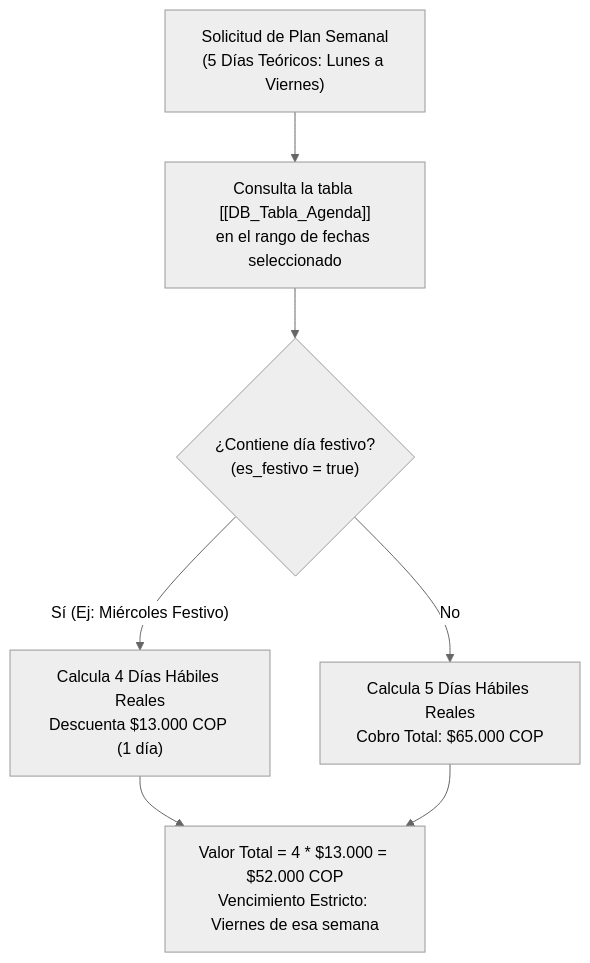
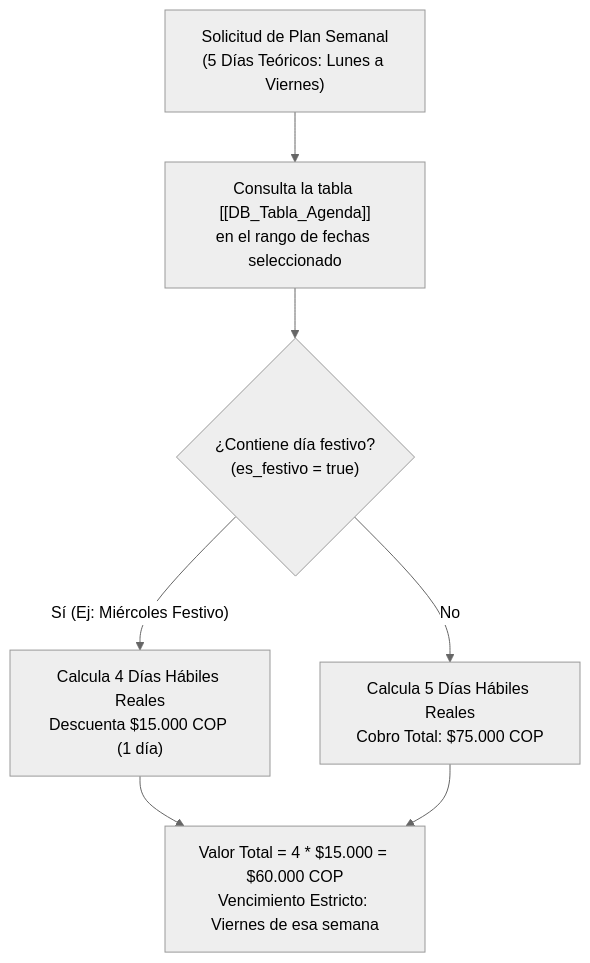
The diagram in 02_Reglas_de_Negocio/RN_Festivos_y_Agenda.md (alejandrogomezmesa1/analisis), drawn with Mermaid (neutral theme) before and after one commit. The commit also changed other lines of this file and 26 other files, not shown here.

First line of the commit message:
Alinea el modelo y la documentación con el frontend (bd.uml v3.7)

````diff
--- a/02_Reglas_de_Negocio/RN_Festivos_y_Agenda.md
+++ b/02_Reglas_de_Negocio/RN_Festivos_y_Agenda.md
@@ -30,11 +30,11 @@
 ```mermaid
 flowchart TD
     SUB["Solicitud de Plan Semanal\n(5 Días Teóricos: Lunes a Viernes)"] --> CONSULTA["Consulta la tabla [[DB_Tabla_Agenda]]\nen el rango de fechas seleccionado"]
     CONSULTA --> CHECK{"¿Contiene día festivo?\n(es_festivo = true)"}
 
-    CHECK -- Sí (Ej: Miércoles Festivo) --> DESC["Calcula 4 Días Hábiles Reales\nDescuenta $13.000 COP (1 día)"]
-    CHECK -- No --> FULL["Calcula 5 Días Hábiles Reales\nCobro Total: $65.000 COP"]
+    CHECK -- Sí (Ej: Miércoles Festivo) --> DESC["Calcula 4 Días Hábiles Reales\nDescuenta $15.000 COP (1 día)"]
+    CHECK -- No --> FULL["Calcula 5 Días Hábiles Reales\nCobro Total: $75.000 COP"]
 
-    DESC --> LIQ["Valor Total = 4 * $13.000 = $52.000 COP\nVencimiento Estricto: Viernes de esa semana"]
+    DESC --> LIQ["Valor Total = 4 * $15.000 = $60.000 COP\nVencimiento Estricto: Viernes de esa semana"]
     FULL --> LIQ
 ```
````
